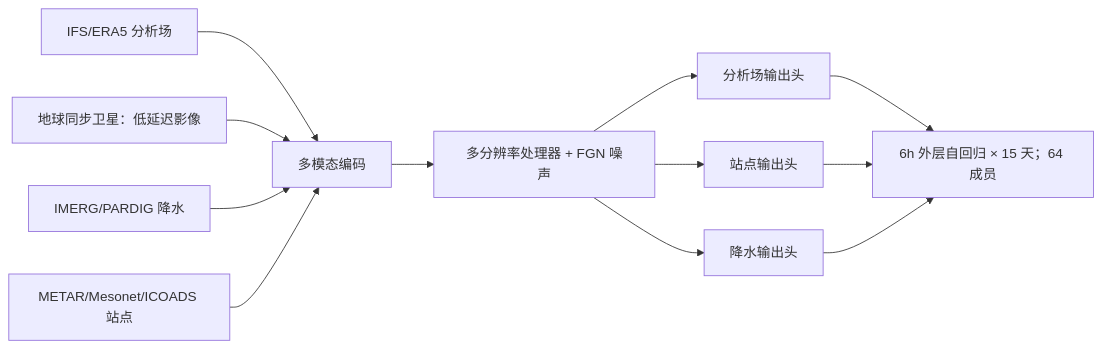
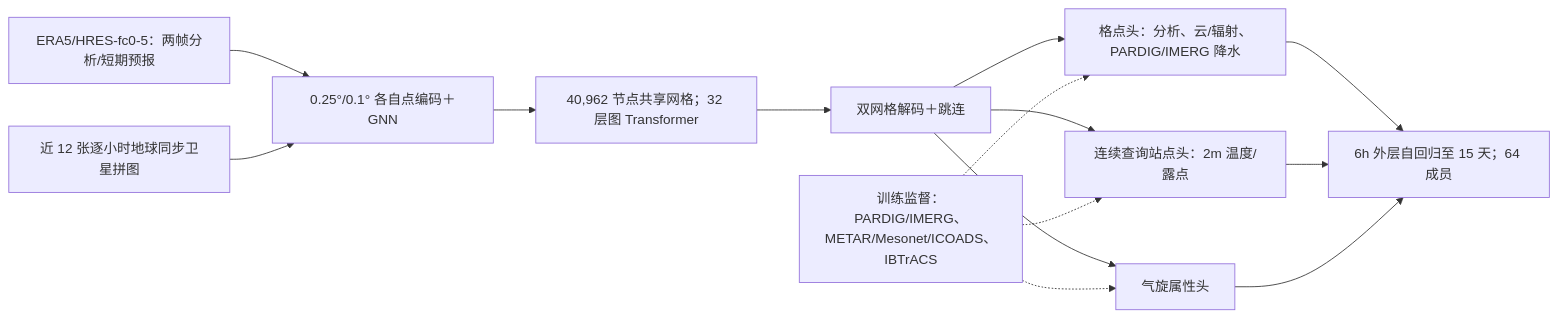
One commit to morestart/weather-dl-paper-notes changed the diagram in notes/medium-range/28-weathernext3.md. Above: the diagram before and after it, drawn with Mermaid. The commit also changed other lines of this file and 2 other files, not shown here.

````diff
--- a/notes/medium-range/28-weathernext3.md
+++ b/notes/medium-range/28-weathernext3.md
@@ -13,14 +13,16 @@
 ```mermaid
 flowchart LR
-  A["IFS/ERA5 分析场"] --> E["多模态编码"]
-  B["地球同步卫星：低延迟影像"] --> E
-  C["IMERG/PARDIG 降水"] --> E
-  D["METAR/Mesonet/ICOADS 站点"] --> E
-  E --> F["多分辨率处理器 + FGN 噪声"]
-  F --> G["分析场输出头"]
-  F --> H["站点输出头"]
-  F --> I["降水输出头"]
-  G --> J["6h 外层自回归 × 15 天；64 成员"]
+  A["ERA5/HRES-fc0-5：两帧分析/短期预报"] --> C["0.25°/0.1° 各自点编码＋GNN"]
+  B["近 12 张逐小时地球同步卫星拼图"] --> C
+  C --> D["40,962 节点共享网格；32 层图 Transformer"]
+  D --> E["双网格解码＋跳连"]
+  E --> F["格点头：分析、云/辐射、PARDIG/IMERG 降水"]
+  E --> G["连续查询站点头：2m 温度/露点"]
+  E --> H["气旋属性头"]
+  T["训练监督：PARDIG/IMERG、METAR/Mesonet/ICOADS、IBTrACS"] -.-> F
+  T -.-> G
+  T -.-> H
+  F --> J["6h 外层自回归至 15 天；64 成员"]
+  G --> J
   H --> J
-  I --> J
 ```
````
